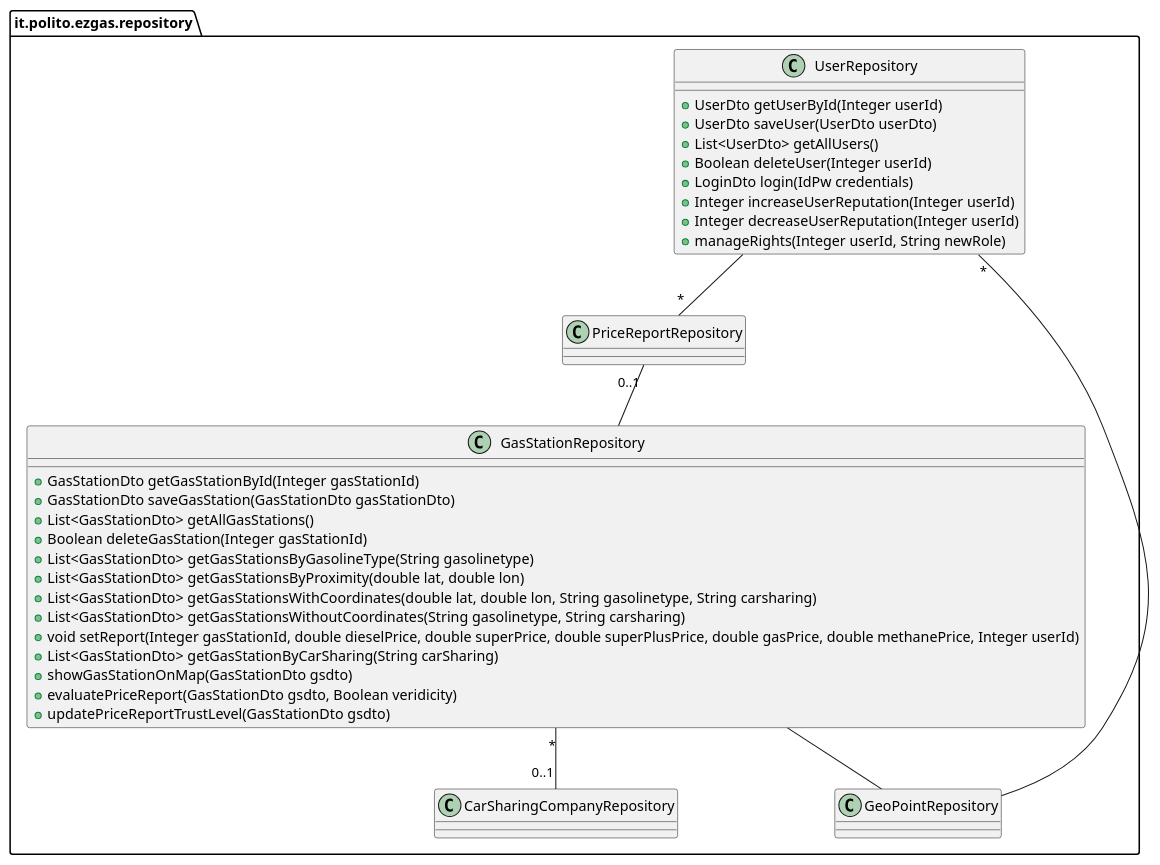
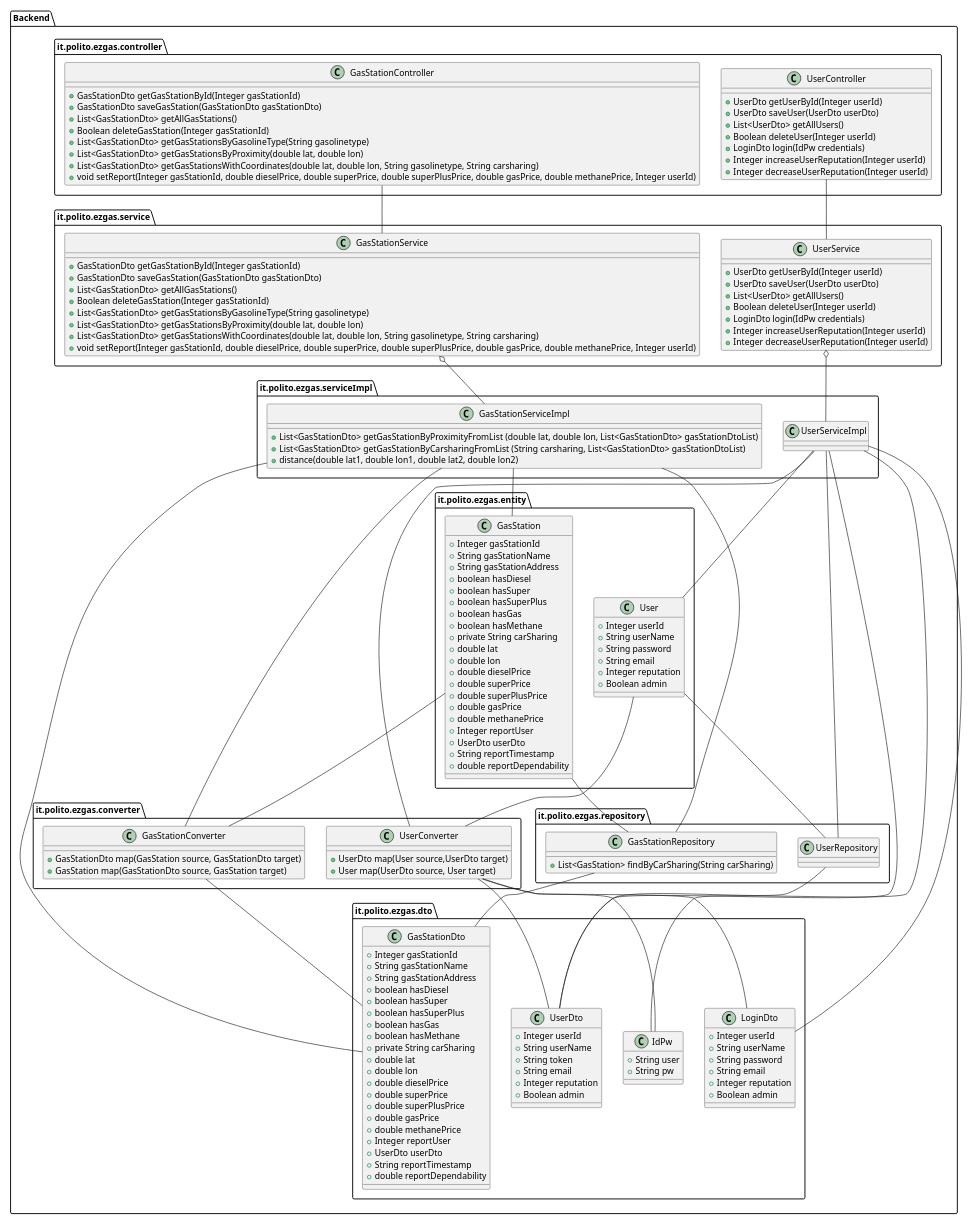
One commit to aureliocirella/se1-ezgas changed the fourth of 6 diagrams in docs/DesignDocument.md. Above: the diagram before and after it, drawn with PlantUML. The commit also changed other lines of this file, not shown here.

Commit message:
fix: low level design updated
Low level design changed to make it compliant with the actual software implementation

````diff
--- a/docs/DesignDocument.md
+++ b/docs/DesignDocument.md
@@ -511,60 +233,221 @@
 ```plantuml
 @startuml
-package "it.polito.ezgas.repository" as pkgrep {
-
-class PriceReportRepository{
-
-}
+scale 0.6
 
 
-class UserRepository {
+package "Backend" {
 
 
- +UserDto getUserById(Integer userId)
+package "it.polito.ezgas.service" as pkgserv{
+class GasStationService {
+    +GasStationDto getGasStationById(Integer gasStationId)
+    +GasStationDto saveGasStation(GasStationDto gasStationDto)
+    +List<GasStationDto> getAllGasStations()
+    +Boolean deleteGasStation(Integer gasStationId)
+    +List<GasStationDto> getGasStationsByGasolineType(String gasolinetype)
+    +List<GasStationDto> getGasStationsByProximity(double lat, double lon)
+    +List<GasStationDto> getGasStationsWithCoordinates(double lat, double lon, String gasolinetype, String carsharing)
+    +void setReport(Integer gasStationId, double dieselPrice, double superPrice, double superPlusPrice, double gasPrice, double methanePrice, Integer userId)
+    }
+    class "UserService"{
+       +UserDto getUserById(Integer userId)
        +UserDto saveUser(UserDto userDto)
        +List<UserDto> getAllUsers()
        +Boolean deleteUser(Integer userId)
        +LoginDto login(IdPw credentials)
        +Integer increaseUserReputation(Integer userId)
        +Integer decreaseUserReputation(Integer userId)
-       +manageRights(Integer userId, String newRole)
+
+
+   }
+} 
+
+package "it.polito.ezgas.serviceImpl" as pkgservimpl{
+class GasStationServiceImpl {
++List<GasStationDto> getGasStationByProximityFromList (double lat, double lon, List<GasStationDto> gasStationDtoList)
++List<GasStationDto> getGasStationByCarsharingFromList (String carsharing, List<GasStationDto> gasStationDtoList)
++distance(double lat1, double lon1, double lat2, double lon2) 
+    }
+    class "UserServiceImpl"{
+       
+   }
+} 
+
+package "it.polito.ezgas.controller" as pkgcontr {
+class GasStationController {
+       
+    +GasStationDto getGasStationById(Integer gasStationId)
+    +GasStationDto saveGasStation(GasStationDto gasStationDto)
+    +List<GasStationDto> getAllGasStations()
+    +Boolean deleteGasStation(Integer gasStationId)
+    +List<GasStationDto> getGasStationsByGasolineType(String gasolinetype)
+    +List<GasStationDto> getGasStationsByProximity(double lat, double lon)
+    +List<GasStationDto> getGasStationsWithCoordinates(double lat, double lon, String gasolinetype, String carsharing)
+    +void setReport(Integer gasStationId, double dieselPrice, double superPrice, double superPlusPrice, double gasPrice, double methanePrice, Integer userId)
+
+
+    
+    }
+   class "UserController"{
+
+       +UserDto getUserById(Integer userId)
+       +UserDto saveUser(UserDto userDto)
+       +List<UserDto> getAllUsers()
+       +Boolean deleteUser(Integer userId)
+       +LoginDto login(IdPw credentials)
+       +Integer increaseUserReputation(Integer userId)
+       +Integer decreaseUserReputation(Integer userId)
+      
+   }
+ 
+}
+
+package "it.polito.ezgas.converter" as pkgconv{
+class UserConverter{
++UserDto map(User source,UserDto target)
++User map(UserDto source, User target)
+    }
+class GasStationConverter{
++GasStationDto map(GasStation source, GasStationDto target)
++GasStation map(GasStationDto source, GasStation target)
+        
+    }
+}
+
+package "it.polito.ezgas.dto" as pkgdto {
+class IdPw{
+        + String user
+        +String pw
+    }
+    
+    class LoginDto{
+    +Integer userId
+    +String userName
+    +String password
+    +String email
+    +Integer reputation
+    +Boolean admin
+
+        
+
+    }
+    class UserDto{
+    +Integer userId
+    +String userName
+    +String token
+    +String email
+    +Integer reputation
+    +Boolean admin
+         
+        
+    }
+    class GasStationDto{
+        +Integer gasStationId
+	+String gasStationName
+	+String gasStationAddress
+	+boolean hasDiesel
+    +boolean hasSuper
+    +boolean hasSuperPlus
+    +boolean hasGas
+    +boolean hasMethane
+    +private String carSharing
+    +double lat
+    +double lon
+    +double dieselPrice
+    +double superPrice
+    +double superPlusPrice
+    +double gasPrice
+    +double methanePrice
+    +Integer reportUser
+    +UserDto userDto
+    +String reportTimestamp
+    +double reportDependability
+    }
+}
+
+package "it.polito.ezgas.entity" as pkgent {
+class User {
+
++Integer userId
+    +String userName
+    +String password
+    +String email
+    +Integer reputation
+    +Boolean admin
+
+
+
+}
+
+
+
+class GasStation {
++Integer gasStationId
+	+String gasStationName
+	+String gasStationAddress
+	+boolean hasDiesel
+    +boolean hasSuper
+    +boolean hasSuperPlus
+    +boolean hasGas
+    +boolean hasMethane
+    +private String carSharing
+    +double lat
+    +double lon
+    +double dieselPrice
+    +double superPrice
+    +double superPlusPrice
+    +double gasPrice
+    +double methanePrice
+    +Integer reportUser
+    +UserDto userDto
+    +String reportTimestamp
+    +double reportDependability
+}
+}
+
+package "it.polito.ezgas.repository" as pkgrep {
+class UserRepository {
+
+
  
 }
 
 
 
 class GasStationRepository {
- +GasStationDto getGasStationById(Integer gasStationId)
-    +GasStationDto saveGasStation(GasStationDto gasStationDto)
-    +List<GasStationDto> getAllGasStations()
-    +Boolean deleteGasStation(Integer gasStationId)
-    +List<GasStationDto> getGasStationsByGasolineType(String gasolinetype)
-    +List<GasStationDto> getGasStationsByProximity(double lat, double lon)
-    +List<GasStationDto> getGasStationsWithCoordinates(double lat, double lon, String gasolinetype, String carsharing)
-    +List<GasStationDto> getGasStationsWithoutCoordinates(String gasolinetype, String carsharing)
-    +void setReport(Integer gasStationId, double dieselPrice, double superPrice, double superPlusPrice, double gasPrice, double methanePrice, Integer userId)
-    +List<GasStationDto> getGasStationByCarSharing(String carSharing)
-+ showGasStationOnMap(GasStationDto gsdto) 
-+ evaluatePriceReport(GasStationDto gsdto, Boolean veridicity) 
-+ updatePriceReportTrustLevel(GasStationDto gsdto) 
-
++List<GasStation> findByCarSharing(String carSharing)
 
 }
-
-class CarSharingCompanyRepository {
-
-}
-class GeoPointRepository {
-
-}
-
+    
 }
 
 
-UserRepository --"*" PriceReportRepository
-UserRepository "*"-- GeoPointRepository
-GasStationRepository -- GeoPointRepository
-GasStationRepository "*"--"0..1" CarSharingCompanyRepository
-PriceReportRepository "0..1"--GasStationRepository
+GasStationController -- GasStationService
+GasStationService o-- GasStationServiceImpl
+GasStationServiceImpl -- GasStationRepository
+GasStationServiceImpl -- GasStationConverter
+GasStationServiceImpl -- GasStation
+GasStationServiceImpl -- GasStationDto
+
+UserController -- UserService
+UserService o-- UserServiceImpl
+UserServiceImpl -- UserRepository
+UserServiceImpl -- UserConverter
+UserServiceImpl -- User
+UserServiceImpl -- UserDto
+UserServiceImpl -- LoginDto
+UserServiceImpl -- IdPw
+
+User -- UserConverter
+UserConverter -- UserDto 
+UserConverter -- LoginDto 
+UserConverter -- IdPw 
+User -- UserRepository
+UserRepository -- UserDto
+
+GasStation -- GasStationConverter
+GasStationConverter -- GasStationDto 
+GasStation -- GasStationRepository
+GasStationRepository -- GasStationDto
 @enduml
 ```
````
